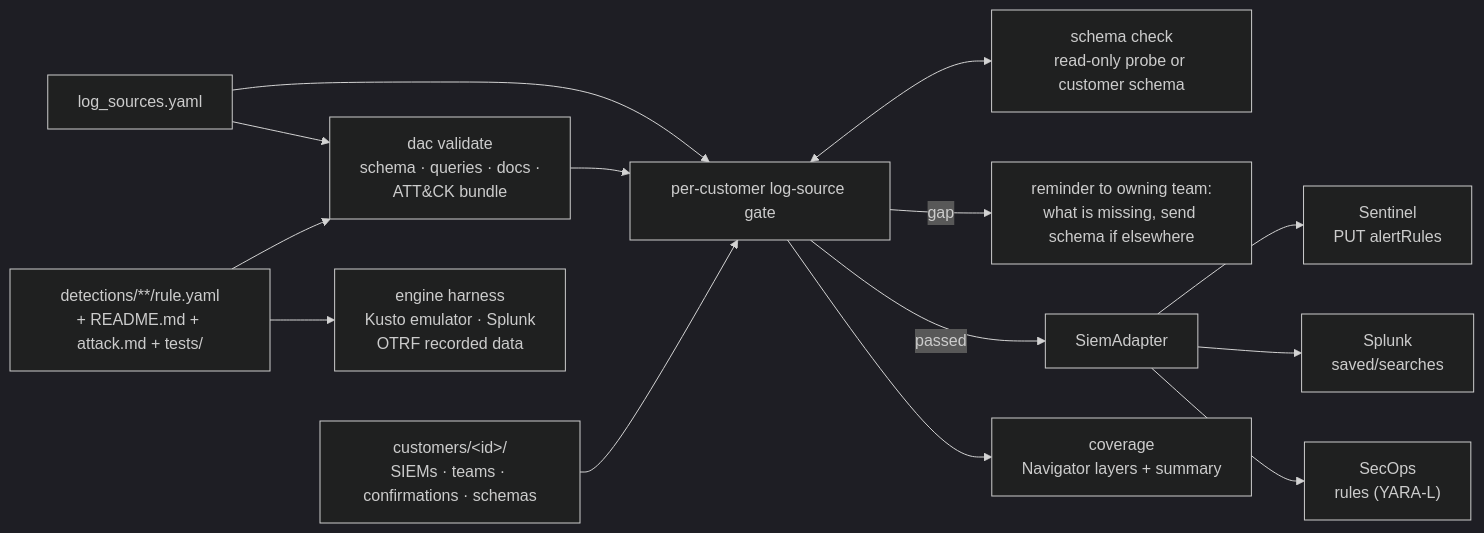
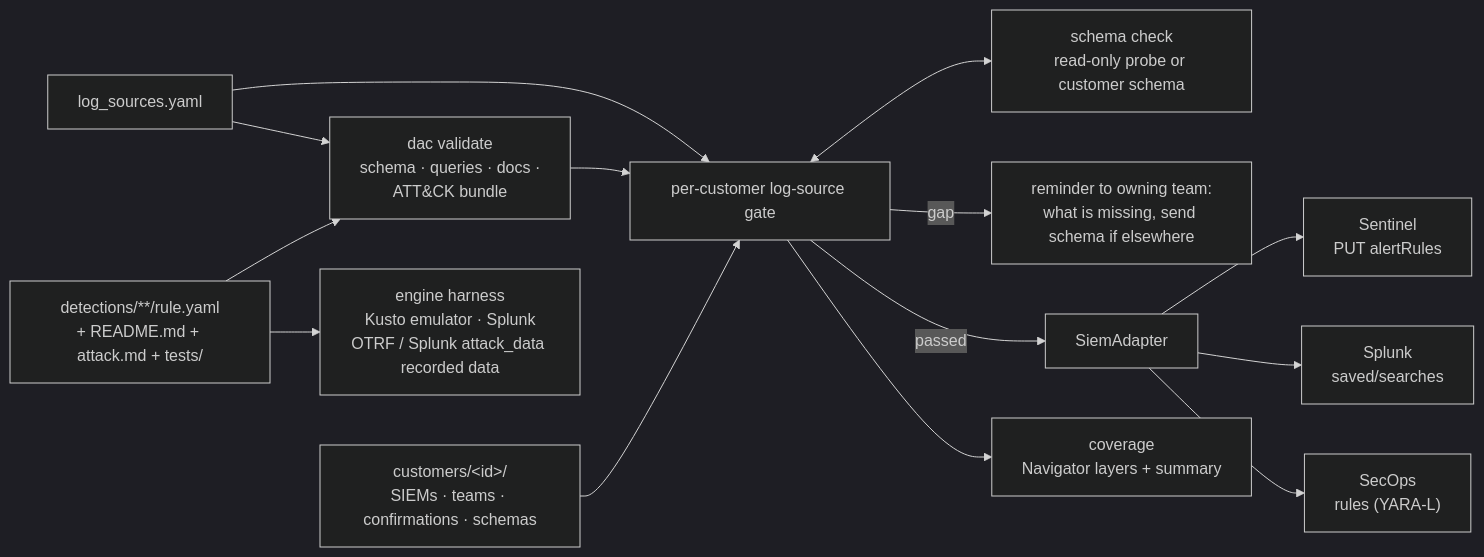
The diagram in README.md (HungryBrain-bot/detection_As_Code), drawn with Mermaid (dark theme) before and after one commit. The commit also changed other lines of this file and 39 other files, not shown here.

First line of the commit message:
Add identity rules B1-B3, tested in the Kusto emulator on recorded Entra logs

````diff
--- a/README.md
+++ b/README.md
@@ -36,16 +42,16 @@
 ```mermaid
 flowchart LR
     RULE["detections/**/rule.yaml<br/>+ README.md + attack.md + tests/"] --> VAL["dac validate<br/>schema · queries · docs ·<br/>ATT&CK bundle"]
     LS["log_sources.yaml"] --> VAL
     CUST["customers/&lt;id&gt;/<br/>SIEMs · teams · confirmations · schemas"] --> GATE
     VAL --> GATE["per-customer log-source gate"]
     LS --> GATE
     GATE <--> SC["schema check<br/>read-only probe or customer schema"]
     GATE -- gap --> NOTIFY["reminder to owning team:<br/>what is missing, send schema if elsewhere"]
     GATE -- passed --> AD["SiemAdapter"]
     GATE --> COV["coverage<br/>Navigator layers + summary"]
-    RULE --> HAR["engine harness<br/>Kusto emulator · Splunk<br/>OTRF recorded data"]
+    RULE --> HAR["engine harness<br/>Kusto emulator · Splunk<br/>OTRF / Splunk attack_data recorded data"]
     AD --> SEN["Sentinel<br/>PUT alertRules"]
     AD --> SPL["Splunk<br/>saved/searches"]
     AD --> SEC["SecOps<br/>rules (YARA-L)"]
 ```
````
